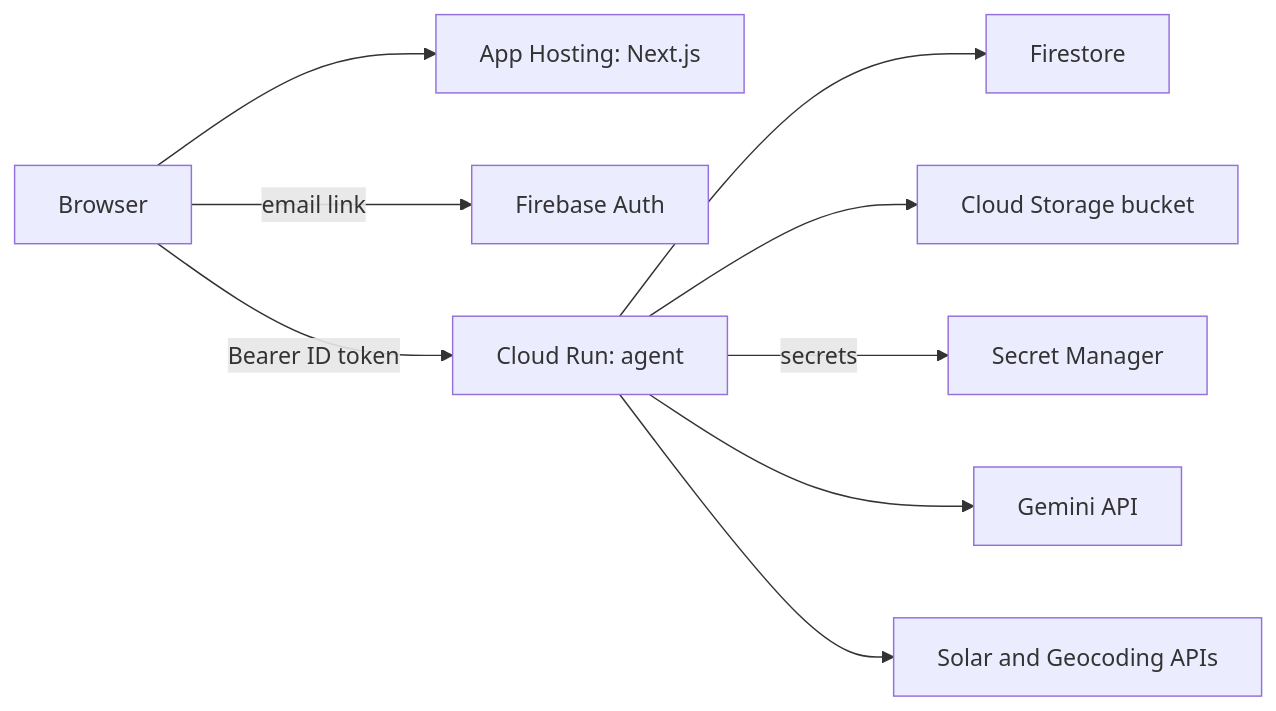
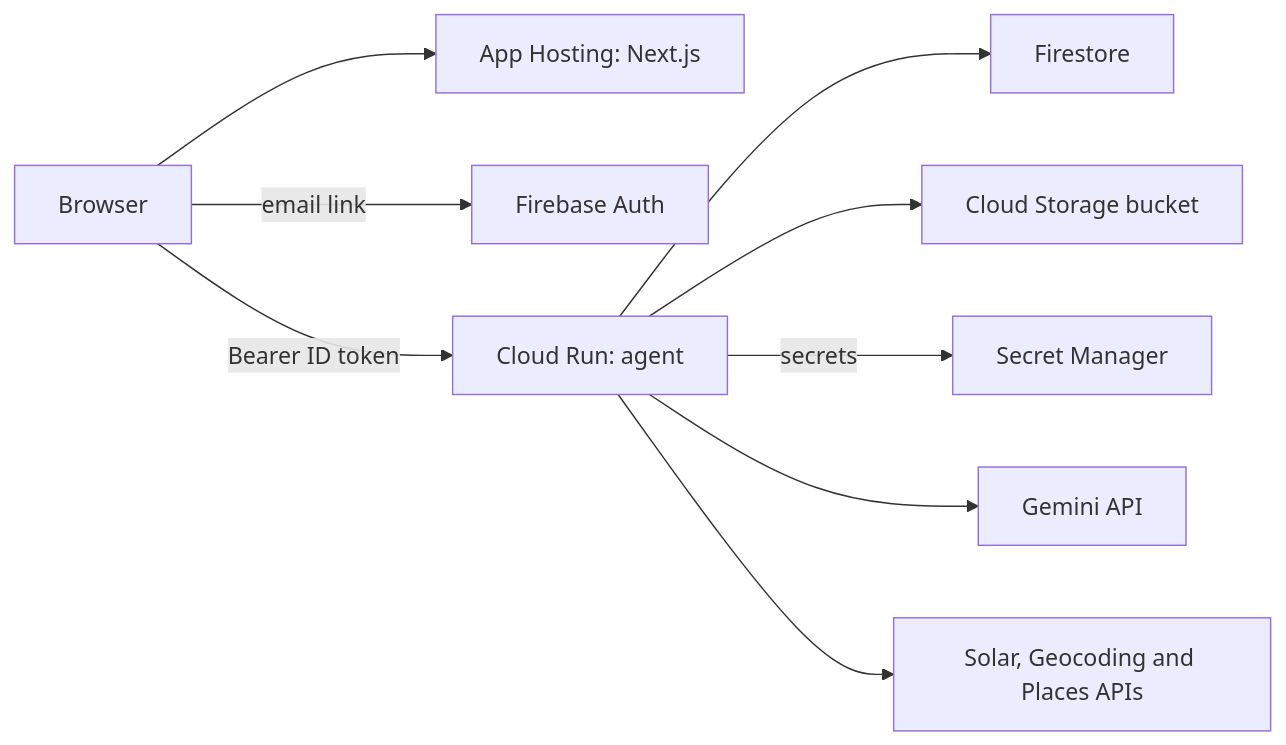
The second of 3 diagrams in TESTING.md (sidxh/carbon-accounting), drawn with Mermaid before and after one commit. The commit also changed other lines of this file and 19 other files, not shown here.

````diff
--- a/TESTING.md
+++ b/TESTING.md
@@ -487,11 +490,11 @@
 ```mermaid
 flowchart LR
     Browser["Browser"] --> Web["App Hosting: Next.js"]
     Browser -->|"email link"| Auth["Firebase Auth"]
     Browser -->|"Bearer ID token"| Agent["Cloud Run: agent"]
     Agent --> Fs["Firestore"]
     Agent --> Gcs["Cloud Storage bucket"]
     Agent -->|"secrets"| Sm["Secret Manager"]
     Agent --> Gem["Gemini API"]
-    Agent --> Solar["Solar and Geocoding APIs"]
+    Agent --> Solar["Solar, Geocoding and Places APIs"]
 ```
````
